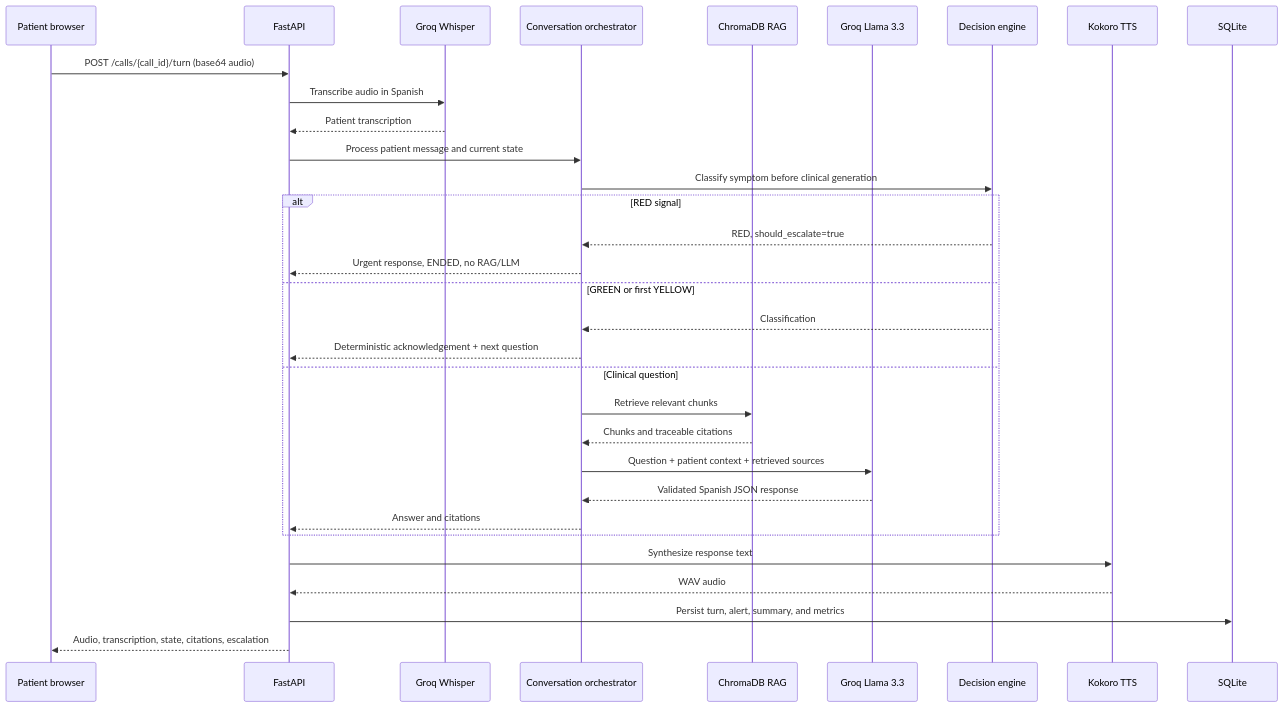
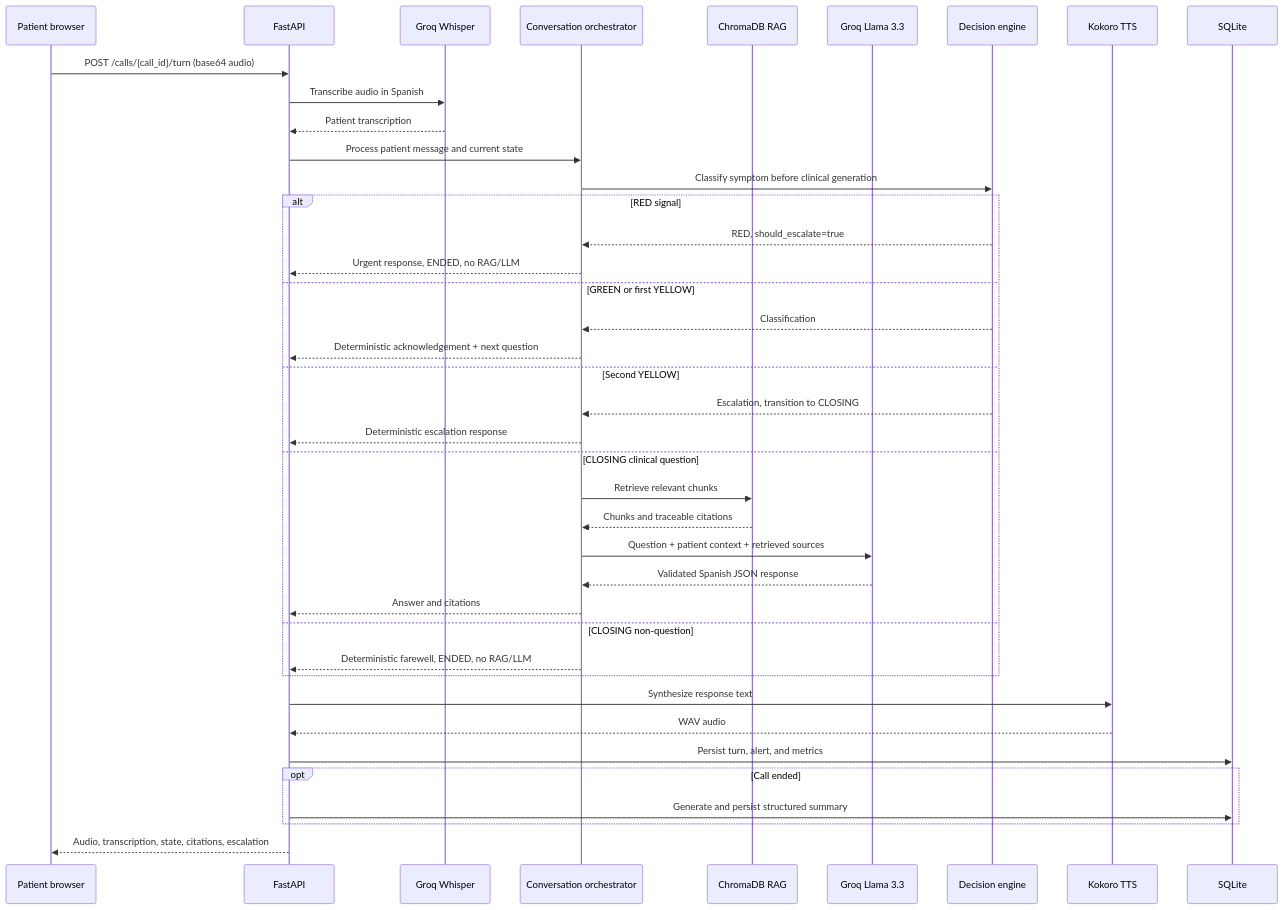
The second of 4 diagrams in docs/ARCHITECTURE-DIAGRAM.md (Edigiraldo/tech-sphere-challenge), drawn with Mermaid before and after one commit. The commit also changed other lines of this file, not shown here.

Commit message:
docs: align runtime flow diagram
- Mark decision-first safety branches and conditional RAG/LLM usage.\n- Document CLOSING clinical questions and non-question termination paths.\n- Show summaries persisted only when a call ends.

````diff
--- a/docs/ARCHITECTURE-DIAGRAM.md
+++ b/docs/ARCHITECTURE-DIAGRAM.md
@@ -80,37 +80,45 @@
 ```mermaid
 sequenceDiagram
     participant P as Patient browser
     participant API as FastAPI
     participant STT as Groq Whisper
     participant C as Conversation orchestrator
     participant R as ChromaDB RAG
     participant L as Groq Llama 3.3
     participant D as Decision engine
     participant T as Kokoro TTS
     participant DB as SQLite
 
     P->>API: POST /calls/{call_id}/turn (base64 audio)
     API->>STT: Transcribe audio in Spanish
     STT-->>API: Patient transcription
     API->>C: Process patient message and current state
     C->>D: Classify symptom before clinical generation
 
     alt RED signal
         D-->>C: RED, should_escalate=true
         C-->>API: Urgent response, ENDED, no RAG/LLM
     else GREEN or first YELLOW
         D-->>C: Classification
         C-->>API: Deterministic acknowledgement + next question
-    else Clinical question
+    else Second YELLOW
+        D-->>C: Escalation, transition to CLOSING
+        C-->>API: Deterministic escalation response
+    else CLOSING clinical question
         C->>R: Retrieve relevant chunks
         R-->>C: Chunks and traceable citations
         C->>L: Question + patient context + retrieved sources
         L-->>C: Validated Spanish JSON response
         C-->>API: Answer and citations
+    else CLOSING non-question
+        C-->>API: Deterministic farewell, ENDED, no RAG/LLM
     end
 
     API->>T: Synthesize response text
     T-->>API: WAV audio
-    API->>DB: Persist turn, alert, summary, and metrics
+    API->>DB: Persist turn, alert, and metrics
+    opt Call ended
+        API->>DB: Generate and persist structured summary
+    end
     API-->>P: Audio, transcription, state, citations, escalation
 ```
````
